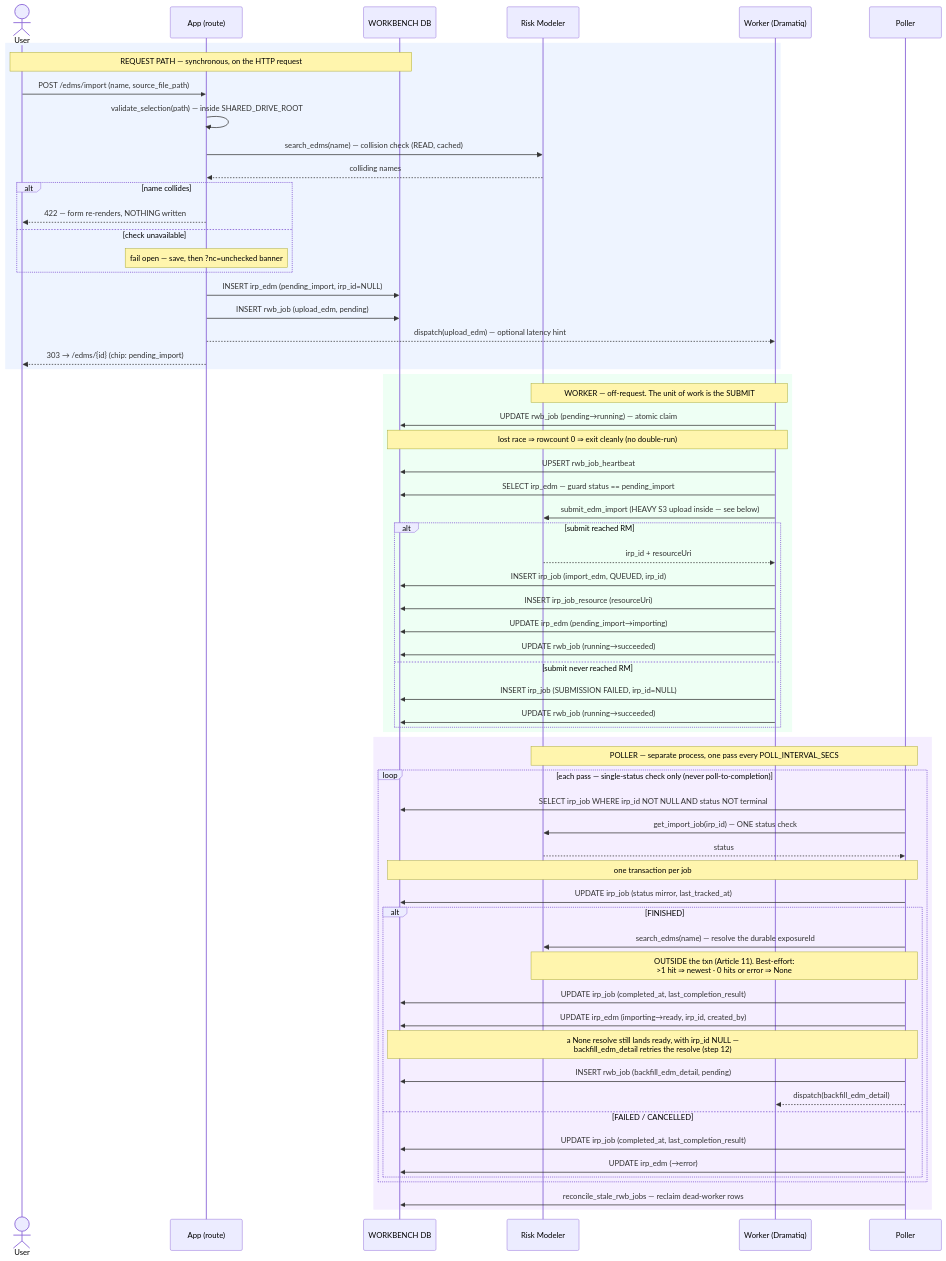
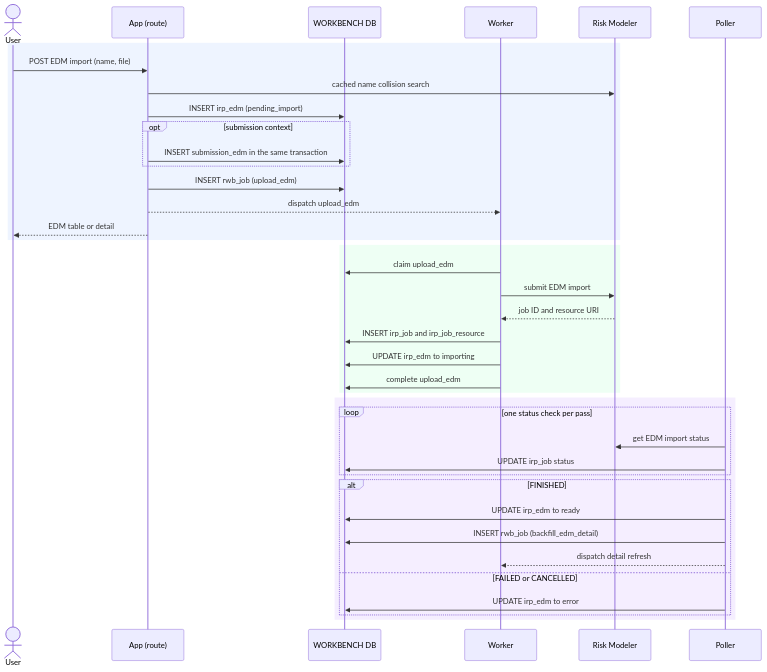
One commit to anilvenugopal/risk-workbench changed the diagram in docs/sequence_diagrams/entities/import_edm.md. Above: the diagram before and after it, drawn with Mermaid. The commit also changed other lines of this file and 22 other files, not shown here.

````diff
--- a/docs/sequence_diagrams/entities/import_edm.md
+++ b/docs/sequence_diagrams/entities/import_edm.md
@@ -59,69 +24,44 @@
 ```mermaid
 sequenceDiagram
     actor User
     participant App as App (route)
     participant DB as WORKBENCH DB
+    participant W as Worker
     participant RM as Risk Modeler
-    participant W as Worker (Dramatiq)
     participant P as Poller
 
     rect rgb(238,244,255)
-        Note over User,DB: REQUEST PATH — synchronous, on the HTTP request
-        User->>App: POST /edms/import (name, source_file_path)
-        App->>App: validate_selection(path) — inside SHARED_DRIVE_ROOT
-        App->>RM: search_edms(name) — collision check (READ, cached)
-        RM-->>App: colliding names
-        alt name collides
-            App-->>User: 422 — form re-renders, NOTHING written
-        else check unavailable
-            Note over App: fail open — save, then ?nc=unchecked banner
+        User->>App: POST EDM import (name, file)
+        App->>RM: cached name collision search
+        App->>DB: INSERT irp_edm (pending_import)
+        opt submission context
+            App->>DB: INSERT submission_edm in the same transaction
         end
-        App->>DB: INSERT irp_edm (pending_import, irp_id=NULL)
-        App->>DB: INSERT rwb_job (upload_edm, pending)
-        App-->>W: dispatch(upload_edm) — optional latency hint
-        App-->>User: 303 → /edms/{id} (chip: pending_import)
+        App->>DB: INSERT rwb_job (upload_edm)
+        App-->>W: dispatch upload_edm
+        App-->>User: EDM table or detail
     end
 
     rect rgb(238,255,244)
-        Note over W,RM: WORKER — off-request. The unit of work is the SUBMIT
-        W->>DB: UPDATE rwb_job (pending→running) — atomic claim
-        Note over W,DB: lost race ⇒ rowcount 0 ⇒ exit cleanly (no double-run)
-        W->>DB: UPSERT rwb_job_heartbeat
-        W->>DB: SELECT irp_edm — guard status == pending_import
-        W->>RM: submit_edm_import (HEAVY S3 upload inside — see below)
-        alt submit reached RM
-            RM-->>W: irp_id + resourceUri
-            W->>DB: INSERT irp_job (import_edm, QUEUED, irp_id)
-            W->>DB: INSERT irp_job_resource (resourceUri)
-            W->>DB: UPDATE irp_edm (pending_import→importing)
-            W->>DB: UPDATE rwb_job (running→succeeded)
-        else submit never reached RM
-            W->>DB: INSERT irp_job (SUBMISSION FAILED, irp_id=NULL)
-            W->>DB: UPDATE rwb_job (running→succeeded)
-        end
+        W->>DB: claim upload_edm
+        W->>RM: submit EDM import
+        RM-->>W: job ID and resource URI
+        W->>DB: INSERT irp_job and irp_job_resource
+        W->>DB: UPDATE irp_edm to importing
+        W->>DB: complete upload_edm
     end
 
     rect rgb(245,238,255)
-        Note over P,RM: POLLER — separate process, one pass every POLL_INTERVAL_SECS
-        loop each pass — single-status check only (never poll-to-completion)
-            P->>DB: SELECT irp_job WHERE irp_id NOT NULL AND status NOT terminal
-            P->>RM: get_import_job(irp_id) — ONE status check
-            RM-->>P: status
-            Note over P,DB: one transaction per job
-            P->>DB: UPDATE irp_job (status mirror, last_tracked_at)
-            alt FINISHED
-                P->>RM: search_edms(name) — resolve the durable exposureId
-                Note over P,RM: OUTSIDE the txn (Article 11). Best-effort:<br/>>1 hit ⇒ newest · 0 hits or error ⇒ None
-                P->>DB: UPDATE irp_job (completed_at, last_completion_result)
-                P->>DB: UPDATE irp_edm (importing→ready, irp_id, created_by)
-                Note over P,DB: a None resolve still lands ready, with irp_id NULL —<br/>backfill_edm_detail retries the resolve (step 12)
-                P->>DB: INSERT rwb_job (backfill_edm_detail, pending)
-                P-->>W: dispatch(backfill_edm_detail)
-            else FAILED / CANCELLED
-                P->>DB: UPDATE irp_job (completed_at, last_completion_result)
-                P->>DB: UPDATE irp_edm (→error)
-            end
+        loop one status check per pass
+            P->>RM: get EDM import status
+            P->>DB: UPDATE irp_job status
         end
-        P->>DB: reconcile_stale_rwb_jobs — reclaim dead-worker rows
+        alt FINISHED
+            P->>DB: UPDATE irp_edm to ready
+            P->>DB: INSERT rwb_job (backfill_edm_detail)
+            P-->>W: dispatch detail refresh
+        else FAILED or CANCELLED
+            P->>DB: UPDATE irp_edm to error
+        end
     end
 ```
````
